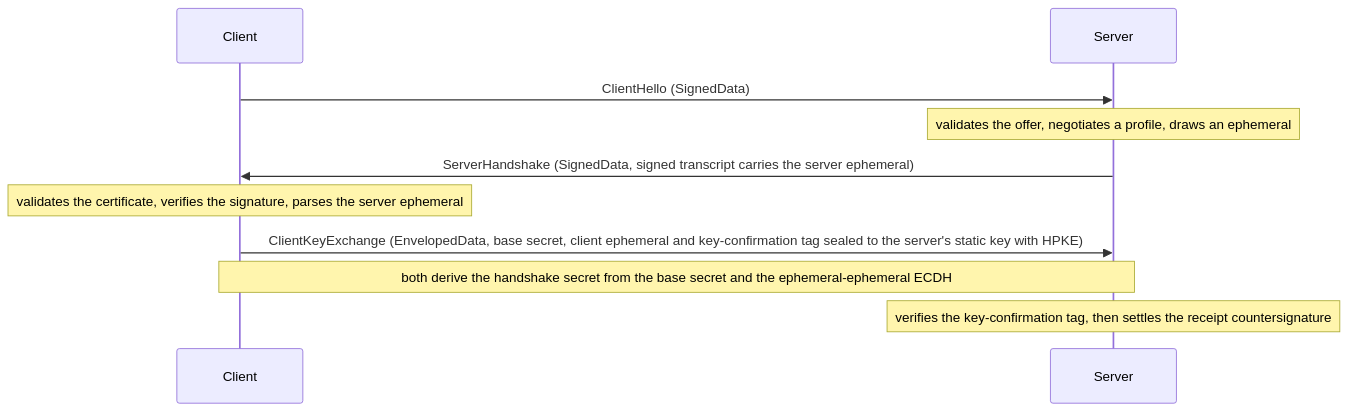
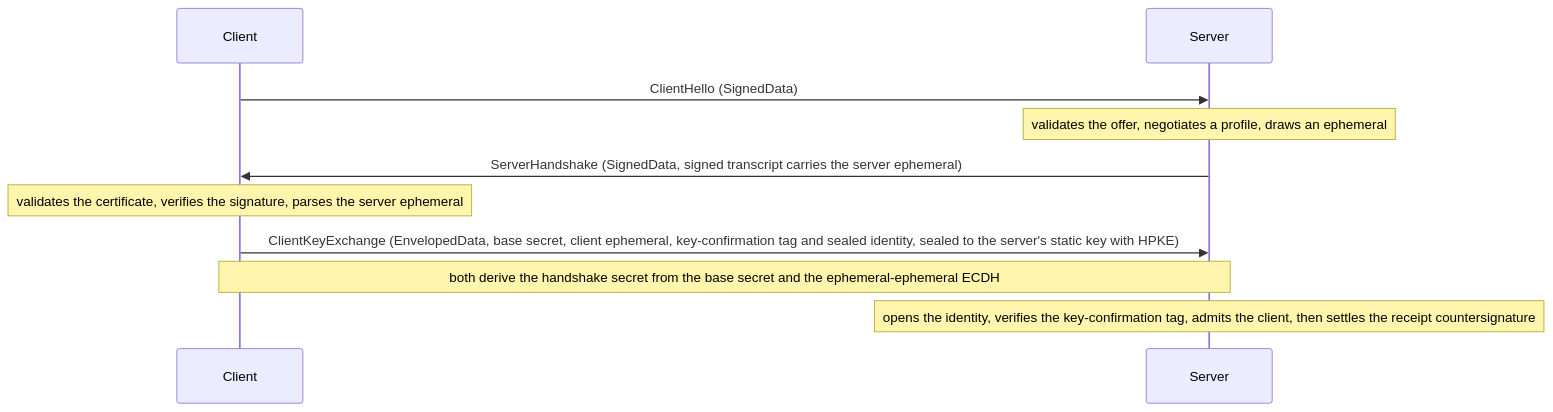
Before and after one commit to wahidgroup/tightbeam: the second of 6 diagrams in docs/handshake.md, drawn with Mermaid. The commit also changed other lines of this file and 28 other files, not shown here.

Commit message:
fix(transport)!: seal the client identity in the handshake

````diff
--- a/docs/handshake.md
+++ b/docs/handshake.md
@@ -100,12 +105,12 @@
 ```mermaid
 sequenceDiagram
     participant C as Client
     participant S as Server
     C->>S: ClientHello (SignedData)
     Note over S: validates the offer, negotiates a profile, draws an ephemeral
     S->>C: ServerHandshake (SignedData, signed transcript carries the server ephemeral)
     Note over C: validates the certificate, verifies the signature, parses the server ephemeral
-    C->>S: ClientKeyExchange (EnvelopedData, base secret, client ephemeral and key-confirmation tag sealed to the server's static key with HPKE)
+    C->>S: ClientKeyExchange (EnvelopedData, base secret, client ephemeral, key-confirmation tag and sealed identity, sealed to the server's static key with HPKE)
     Note over C,S: both derive the handshake secret from the base secret and the ephemeral-ephemeral ECDH
-    Note over S: verifies the key-confirmation tag, then settles the receipt countersignature
+    Note over S: opens the identity, verifies the key-confirmation tag, admits the client, then settles the receipt countersignature
 ```
````
